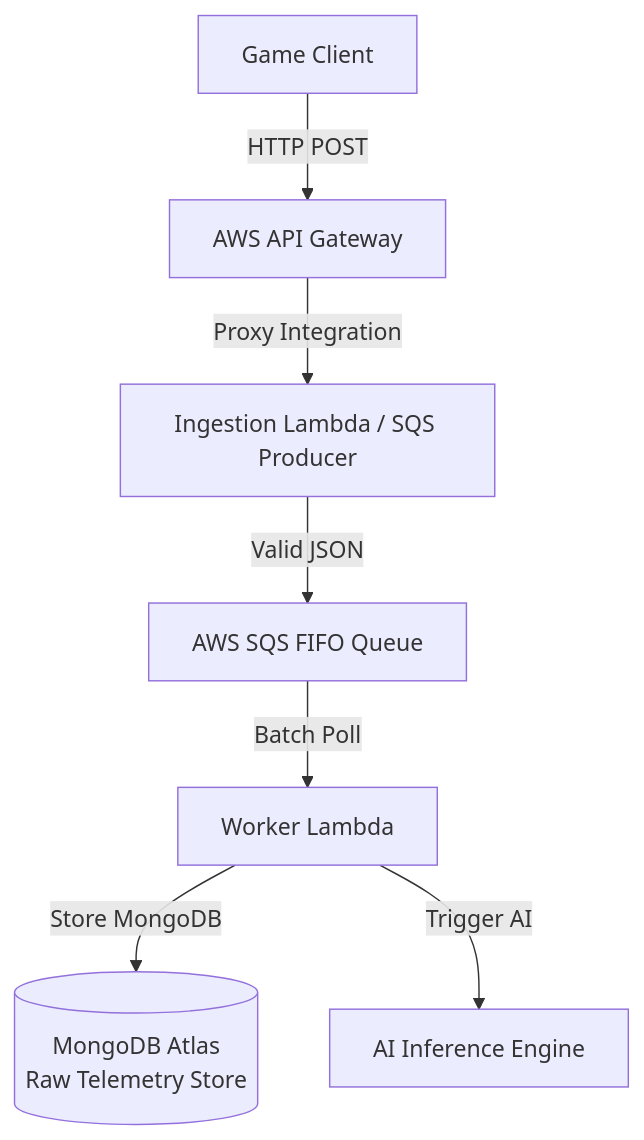
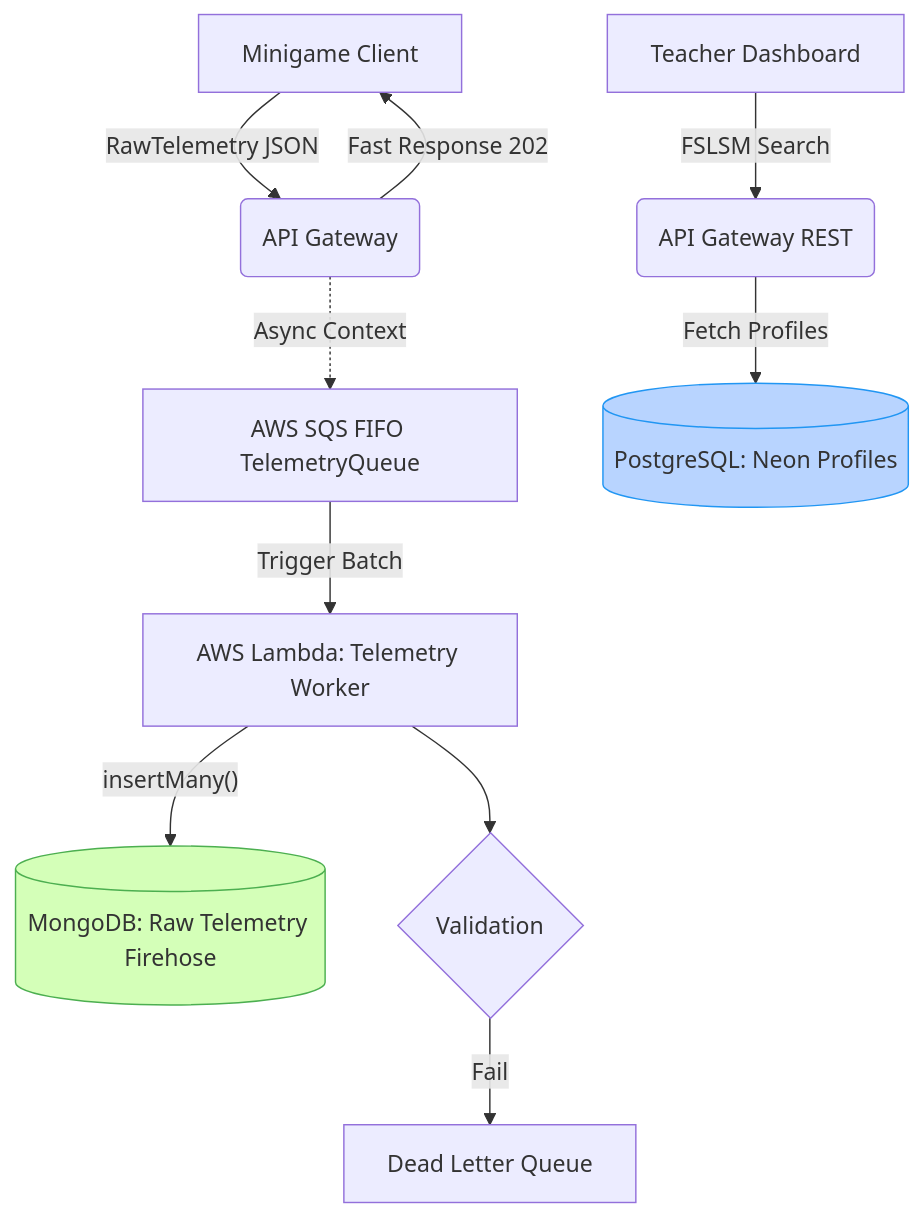
Before and after one commit to vruizz22/innova-backend-serverless: the diagram in README.md, drawn with Mermaid. The commit also changed other lines of this file, not shown here.

Commit message:
docs: update README to enhance introduction and clarify architecture workflow

````diff
--- a/README.md
+++ b/README.md
@@ -24,10 +40,16 @@
 ```mermaid
-graph TD
-    Client[Game Client] -->|HTTP POST| APIGW[AWS API Gateway]
-    APIGW -->|Proxy Integration| LambdaAuth[Ingestion Lambda / SQS Producer]
-    LambdaAuth -->|Valid JSON| SQS[AWS SQS FIFO Queue]
+flowchart TD
+    A[Minigame Client] -->|RawTelemetry JSON| B(API Gateway)
+    B -->|Fast Response 202| A
+    B -. Async Context .-> C[AWS SQS FIFO TelemetryQueue]
+    C -->|Trigger Batch| D[AWS Lambda: Telemetry Worker]
+    D -->|"insertMany()"| E[("MongoDB: Raw Telemetry Firehose")]
+    D --> F{Validation}
+    F -->|Fail| G[Dead Letter Queue]
     
-    SQS -->|Batch Poll| LambdaWorker[Worker Lambda]
-    LambdaWorker -->|Store MongoDB| Atlas[(MongoDB Atlas\nRaw Telemetry Store)]
-    LambdaWorker -->|Trigger AI| Sagemaker[AI Inference Engine]
+    H[Teacher Dashboard] -->|FSLSM Search| I(API Gateway REST)
+    I -->|Fetch Profiles| J[("PostgreSQL: Neon Profiles")]
+    
+    style E fill:#d4ffb8,stroke:#4caf50
+    style J fill:#b8d4ff,stroke:#2196f3
 ```
````
